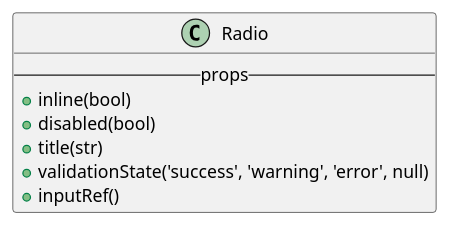
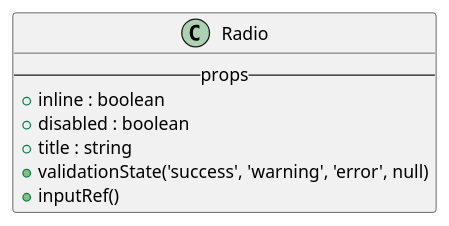
The diagram in react/bootstrap/radio.iuml (M9k/Marvin-Uml), drawn with PlantUML before and after one commit. The commit also changed 10 other files, not shown here.

Commit message:
fix uml standard parte bootstrap

```diff
--- a/react/bootstrap/radio.iuml
+++ b/react/bootstrap/radio.iuml
@@ -1,9 +1,9 @@
 class Radio{
   --props--
-      + inline(bool)
-      + disabled(bool)
-      + title(str)
+      + inline : boolean
+      + disabled : boolean
+      + title : string
       + validationState('success', 'warning', 'error', null)
       + inputRef()
 }
 /'Radio button'/
```
